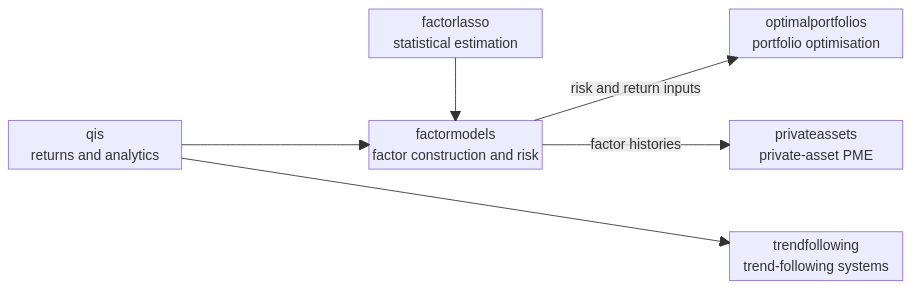
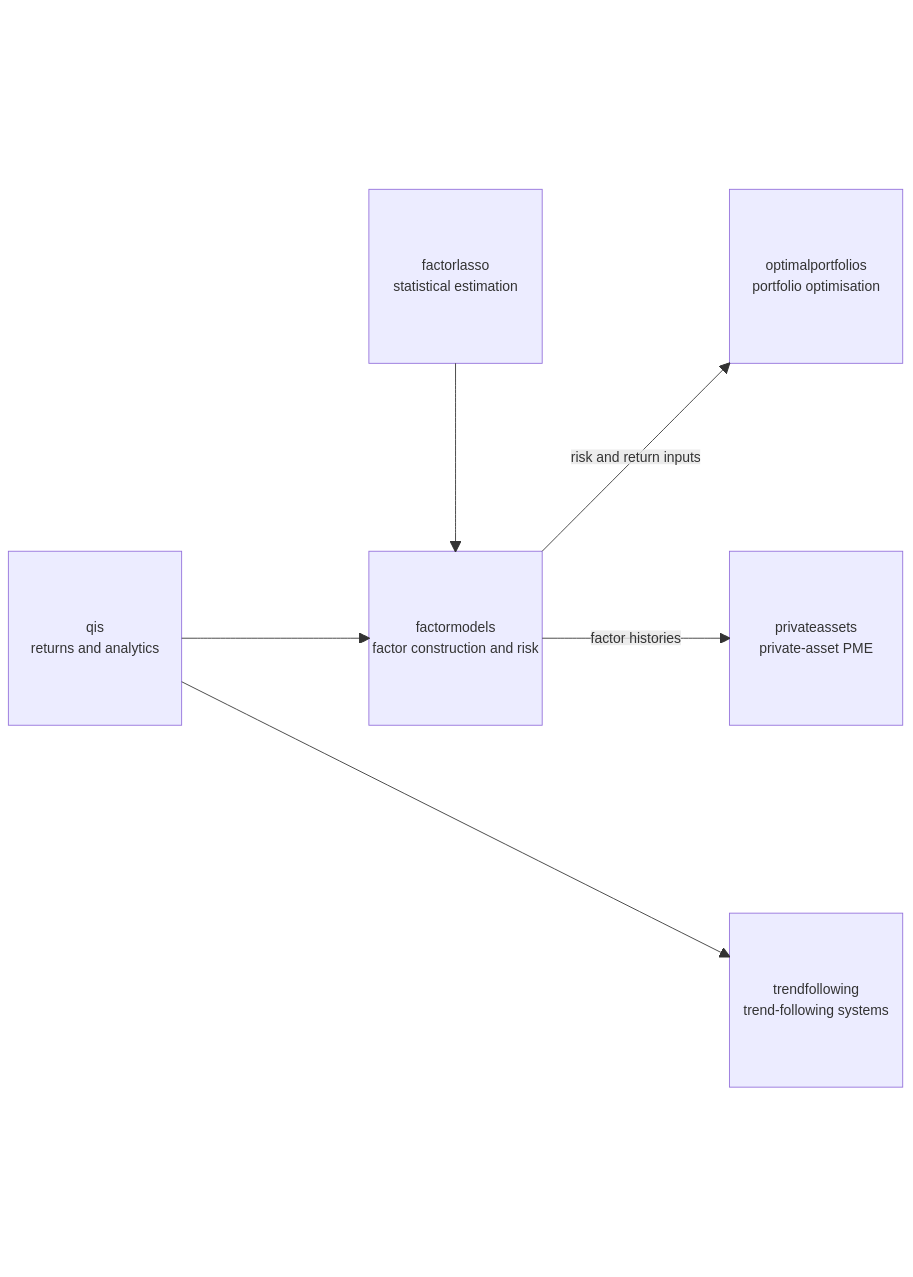
The first of 2 diagrams in README.md (ArturSepp/ArturSepp), drawn with Mermaid before and after one commit.

Commit message:
Retain diagram margins in SVG bounds

````diff
--- a/README.md
+++ b/README.md
@@ -67,18 +67,21 @@
 ```mermaid
 block-beta
     columns 5
-    space:5
+    %% Invisible margin blocks keep GitHub's toolbar and zoom controls clear of labels.
+    space:4 topMargin["&nbsp;<br/>&nbsp;<br/>&nbsp;"]
     space:2 fl["factorlasso<br/>statistical estimation"] space op["optimalportfolios<br/>portfolio optimisation"]
     space:5
     qis["qis<br/>returns and analytics"] space fm["factormodels<br/>factor construction and risk"] space pa["privateassets<br/>private-asset PME"]
     space:5
     space:4 tf["trendfollowing<br/>trend-following systems"]
-    space:5
-    space:5
+    space:4 bottomMargin["&nbsp;<br/>&nbsp;<br/>&nbsp;<br/>&nbsp;<br/>&nbsp;<br/>&nbsp;<br/>&nbsp;<br/>&nbsp;"]
+
+    style topMargin fill:none,stroke:none
+    style bottomMargin fill:none,stroke:none
 
     fl --> fm
     qis --> fm
     fm -- "risk and return inputs" --> op
     fm -- "factor histories" --> pa
     qis --> tf
 ```
````
